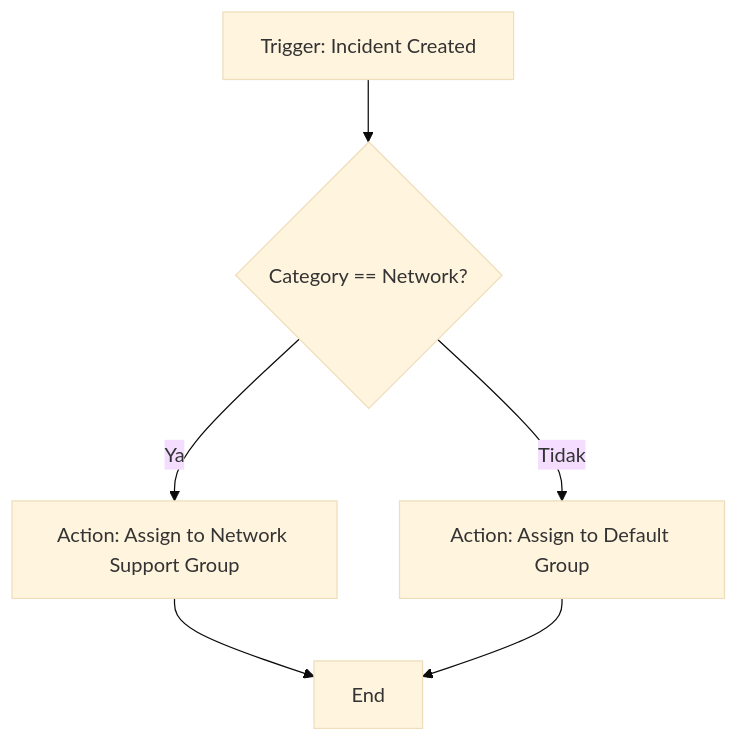
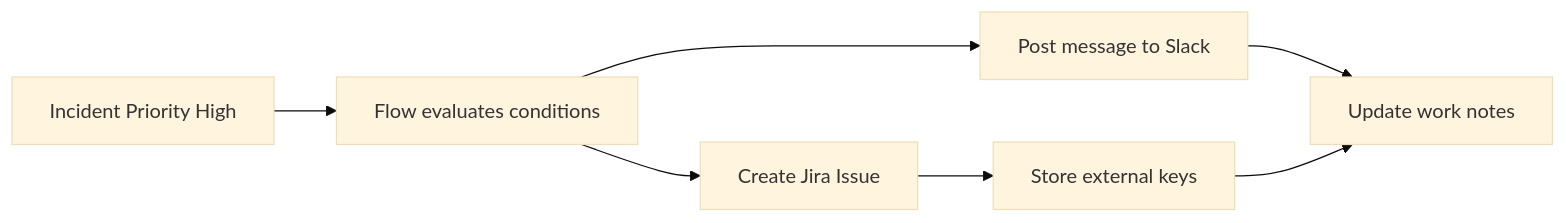
Before and after one commit to bontiharyanto/servicenowlearn: diagram 11 of 13 in ServiceNow_Documentation.md, drawn with Mermaid (base theme). The commit also changed other lines of this file, not shown here.

````diff
--- a/ServiceNow_Documentation.md
+++ b/ServiceNow_Documentation.md
@@ -272,8 +372,9 @@
 ```mermaid
-flowchart TD
-  A[Trigger: Incident Created] --> B{Category == Network?}
-  B -->|Ya| C[Action: Assign to Network Support Group]
-  B -->|Tidak| D[Action: Assign to Default Group]
-  C --> E[End]
-  D --> E[End]
+flowchart LR
+  A[Incident Priority High] --> B[Flow evaluates conditions]
+  B --> C[Post message to Slack]
+  B --> D[Create Jira Issue]
+  D --> E[Store external keys]
+  C --> F[Update work notes]
+  E --> F
 ```
````
